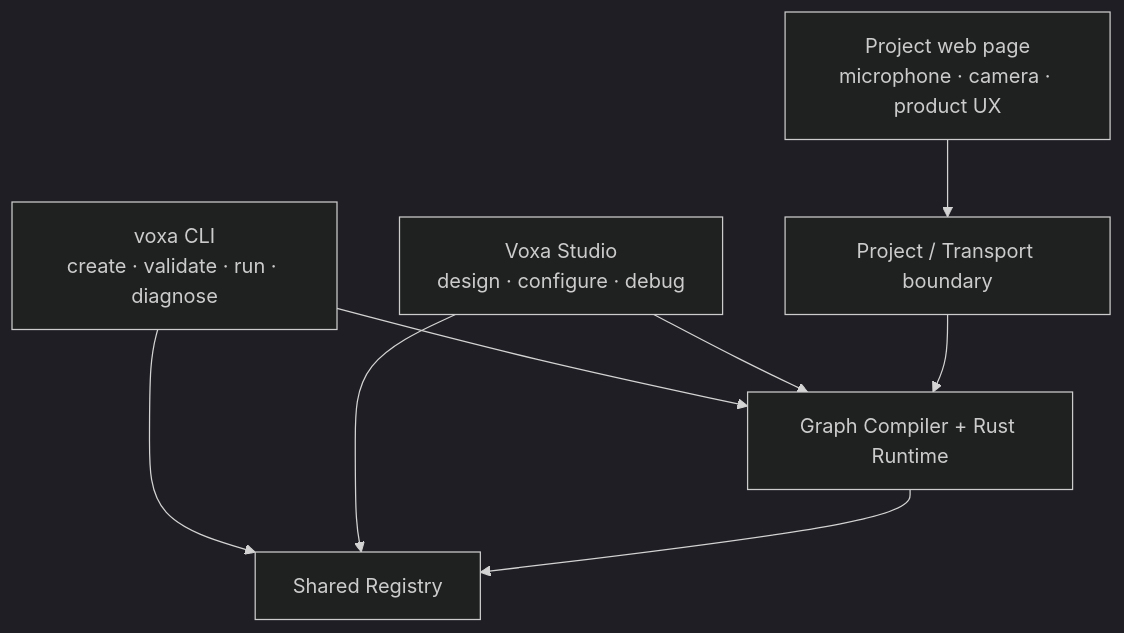
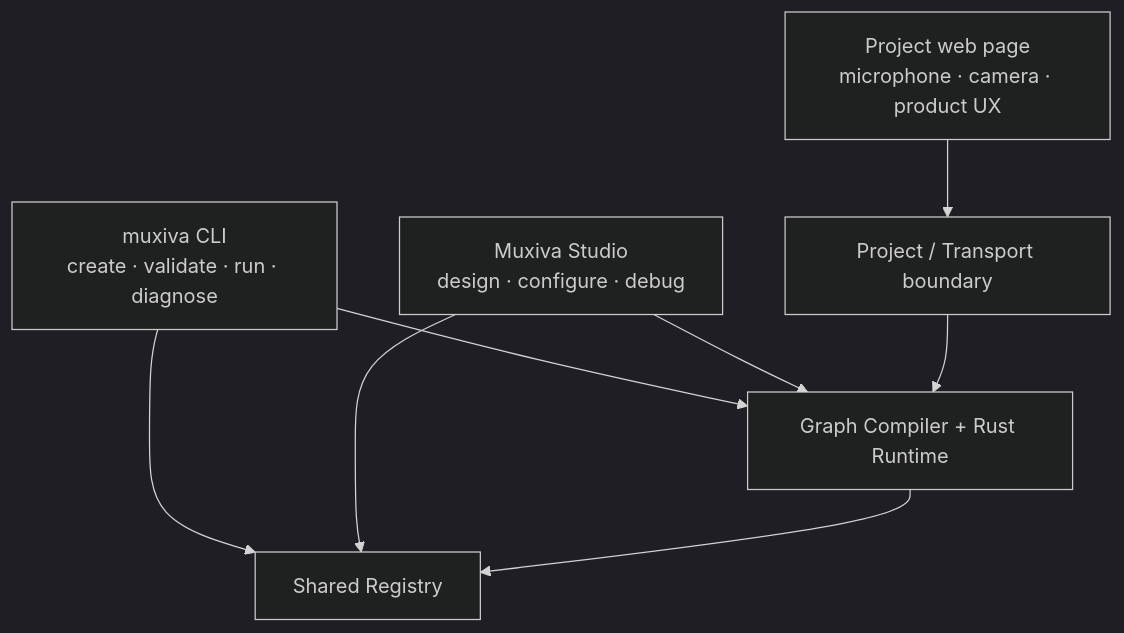
The diagram in docs/site/en/developer-surfaces.md (PiyotaHu/Voxa), drawn with Mermaid (dark theme) before and after one commit. The commit also changed other lines of this file and 509 other files, not shown here.

````diff
--- a/docs/site/en/developer-surfaces.md
+++ b/docs/site/en/developer-surfaces.md
@@ -7,10 +7,10 @@
 ```mermaid
 flowchart TB
-    CLI["voxa CLI<br/>create · validate · run · diagnose"] --> CORE["Graph Compiler + Rust Runtime"]
-    STUDIO["Voxa Studio<br/>design · configure · debug"] --> CORE
+    CLI["muxiva CLI<br/>create · validate · run · diagnose"] --> CORE["Graph Compiler + Rust Runtime"]
+    STUDIO["Muxiva Studio<br/>design · configure · debug"] --> CORE
     WEB["Project web page<br/>microphone · camera · product UX"] --> API["Project / Transport boundary"]
     API --> CORE
     CLI --> REG["Shared Registry"]
     STUDIO --> REG
     CORE --> REG
 ```
````
